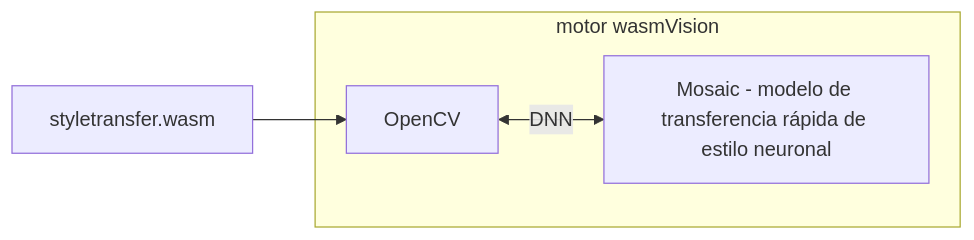
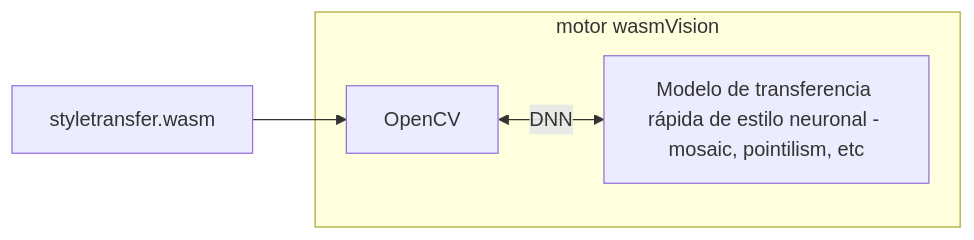
The third of 5 diagrams in diagrams/captions-highlevel.md (deadprogram/gomad2025), drawn with Mermaid before and after one commit. The commit also changed other lines of this file and 5 other files, not shown here.

````diff
--- a/diagrams/captions-highlevel.md
+++ b/diagrams/captions-highlevel.md
@@ -32,10 +32,10 @@
 ```mermaid
 flowchart LR
 
 subgraph motor wasmVision
-    OpenCV<--DNN-->DNN[Mosaic - modelo de transferencia rápida de estilo neuronal]
+    OpenCV<--DNN-->DNN[Modelo de transferencia rápida de estilo neuronal - mosaic, pointilism, etc]
 end
 
 styletransfer.wasm-->OpenCV
 
 ```
````
